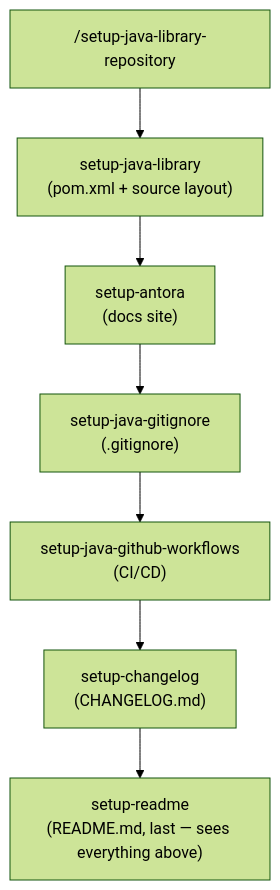
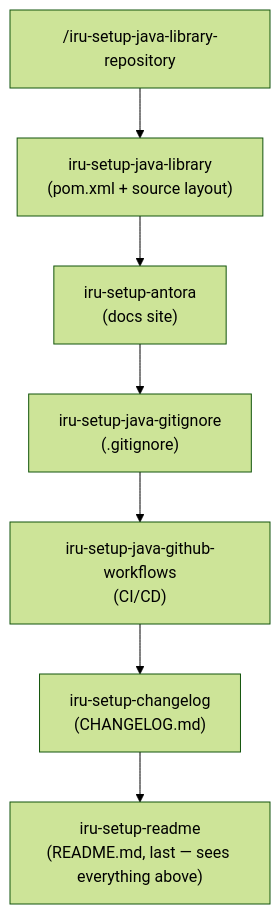
Before and after one commit to albertoirurueta/ai-catalog: the second of 7 diagrams in docs/modules/ROOT/pages/index.adoc, drawn with Mermaid (forest theme). The commit also changed other lines of this file and 174 other files, not shown here.

```diff
--- a/docs/modules/ROOT/pages/index.adoc
+++ b/docs/modules/ROOT/pages/index.adoc
@@ -769,10 +774,10 @@
 [mermaid]
 ....
 flowchart TD
-    A["/setup-java-library-repository"] --> B["setup-java-library\n(pom.xml + source layout)"]
-    B --> C["setup-antora\n(docs site)"]
-    C --> D["setup-java-gitignore\n(.gitignore)"]
-    D --> E["setup-java-github-workflows\n(CI/CD)"]
-    E --> F["setup-changelog\n(CHANGELOG.md)"]
-    F --> G["setup-readme\n(README.md, last — sees everything above)"]
+    A["/iru-setup-java-library-repository"] --> B["iru-setup-java-library\n(pom.xml + source layout)"]
+    B --> C["iru-setup-antora\n(docs site)"]
+    C --> D["iru-setup-java-gitignore\n(.gitignore)"]
+    D --> E["iru-setup-java-github-workflows\n(CI/CD)"]
+    E --> F["iru-setup-changelog\n(CHANGELOG.md)"]
+    F --> G["iru-setup-readme\n(README.md, last — sees everything above)"]
 ....
```
